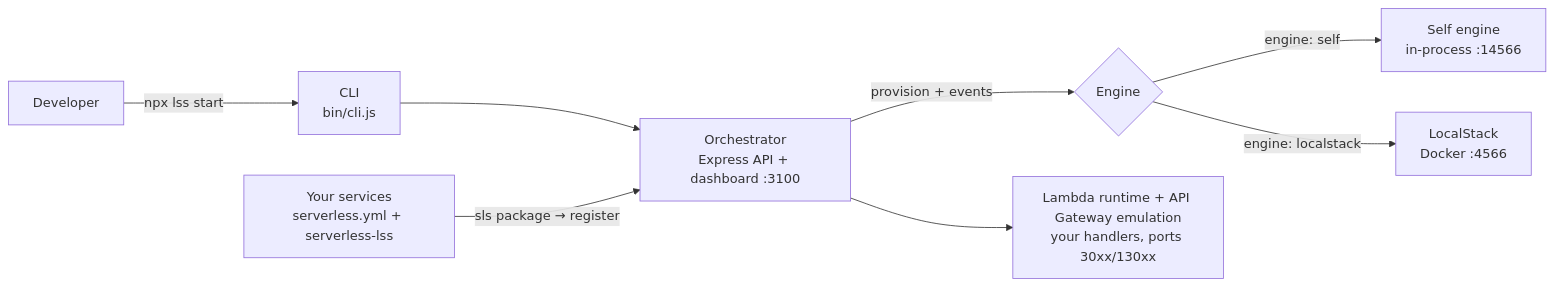
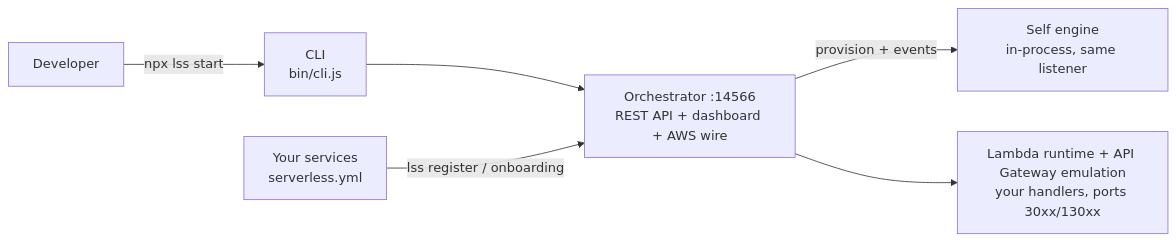
Before and after one commit to Viserion77/local-serverless-stack: the first of 4 diagrams in README.md, drawn with Mermaid. The commit also changed other lines of this file and 294 other files, not shown here.

First line of the commit message:
feat!: v1.0.0 — the self engine is the only engine (#35)

````diff
--- a/README.md
+++ b/README.md
@@ -9,10 +13,8 @@
 ```mermaid
 flowchart LR
     DEV[Developer] -->|npx lss start| CLI[CLI<br/>bin/cli.js]
-    CLI --> ORCH[Orchestrator<br/>Express API + dashboard :3100]
-    SVC[Your services<br/>serverless.yml + serverless-lss] -->|sls package → register| ORCH
-    ORCH -->|provision + events| ENGINE{Engine}
-    ENGINE -->|"engine: self"| SELF[Self engine<br/>in-process :14566]
-    ENGINE -->|"engine: localstack"| LS[LocalStack<br/>Docker :4566]
+    CLI --> ORCH["Orchestrator :14566<br/>REST API + dashboard + AWS wire"]
+    SVC[Your services<br/>serverless.yml] -->|lss register / onboarding| ORCH
+    ORCH -->|provision + events| SELF[Self engine<br/>in-process, same listener]
     ORCH --> RT[Lambda runtime + API Gateway emulation<br/>your handlers, ports 30xx/130xx]
 ```
````
